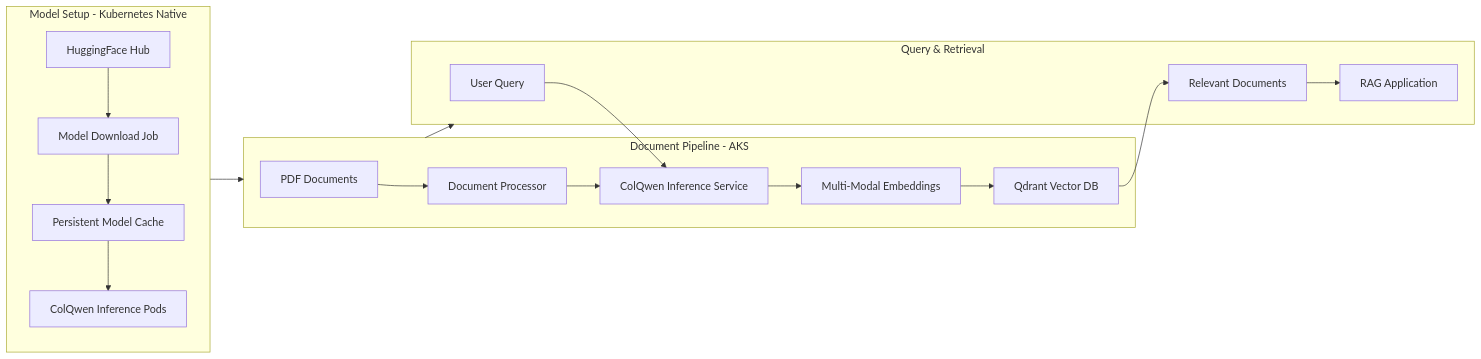
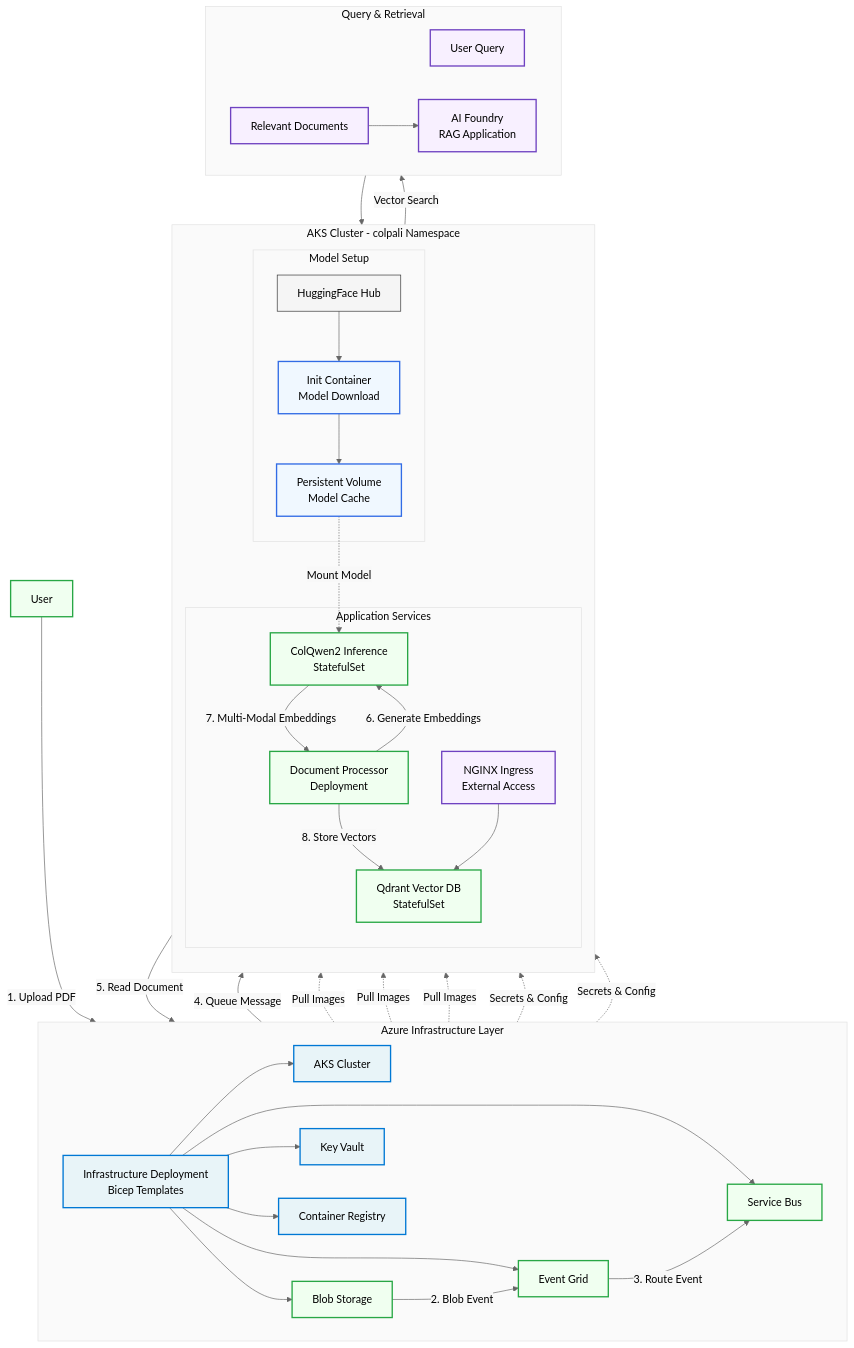
The diagram in README.md (microsoft/multi-modal-rag-with-colpali), drawn with Mermaid before and after one commit. The commit also changed other lines of this file and 49 other files, not shown here.

````diff
--- a/README.md
+++ b/README.md
@@ -7,24 +75,81 @@
 ```mermaid
-flowchart LR
-    subgraph Setup[Model Setup - Kubernetes Native]
-        HF[HuggingFace Hub] --> DOWNLOAD[Model Download Job]
-        DOWNLOAD --> CACHE[Persistent Model Cache]
-        CACHE --> DEPLOY[ColQwen Inference Pods]
+%%{init: {
+  'theme': 'base',
+  'themeVariables': {
+    'primaryColor': '#f5f5f5',
+    'primaryTextColor': '#000000',
+    'primaryBorderColor': '#333333',
+    'lineColor': '#666666',
+    'secondaryColor': '#f8f8f8',
+    'tertiaryColor': '#fafafa',
+    'background': '#ffffff',
+    'mainBkg': '#f5f5f5',
+    'secondBkg': '#f8f8f8',
+    'tertiaryBkg': '#fafafa'
+  }
+}}%%
+flowchart TB
+    subgraph INFRA_LAYER ["Azure Infrastructure Layer"]
+        direction LR
+        INFRA[Infrastructure Deployment<br/>Bicep Templates] --> AKS[AKS Cluster]
+        INFRA --> STORAGE[Blob Storage]
+        INFRA --> EG[Event Grid]
+        INFRA --> SB[Service Bus]
+        INFRA --> KV[Key Vault]
+        INFRA --> ACR[Container Registry]
     end
 
-    subgraph Processing[Document Pipeline - AKS]
-        PDF[PDF Documents] --> DOCPROC[Document Processor]
-        DOCPROC --> COLQWEN[ColQwen Inference Service]
-        COLQWEN --> EMBED[Multi-Modal Embeddings]
-        EMBED --> QDRANT[Qdrant Vector DB]
+    subgraph K8S_LAYER ["AKS Cluster - colpali Namespace"]
+        direction TB
+
+        subgraph MODEL_SETUP ["Model Setup"]
+            HF[HuggingFace Hub] --> INIT[Init Container<br/>Model Download]
+            INIT --> PVC[Persistent Volume<br/>Model Cache]
+        end
+
+        subgraph APP_SERVICES ["Application Services"]
+            COLQWEN[ColQwen2 Inference<br/>StatefulSet]
+            DOCPROC[Document Processor<br/>Deployment]
+            QDRANT[Qdrant Vector DB<br/>StatefulSet]
+            INGRESS[NGINX Ingress<br/>External Access]
+        end
+
+        PVC -.->|Mount Model| COLQWEN
     end
 
-    subgraph Query[Query & Retrieval]
-        USER[User Query] --> COLQWEN
-        QDRANT --> RESULTS[Relevant Documents]
-        RESULTS --> RAG[RAG Application]
+    %% Event-Driven Processing Flow (integrated with existing nodes)
+    USER[User] -->|1. Upload PDF| STORAGE
+    STORAGE -->|2. Blob Event| EG
+    EG -->|3. Route Event| SB
+    SB -->|4. Queue Message| DOCPROC
+    DOCPROC -->|5. Read Document| STORAGE
+    DOCPROC -->|6. Generate Embeddings| COLQWEN
+    COLQWEN -->|7. Multi-Modal Embeddings| DOCPROC
+    DOCPROC -->|8. Store Vectors| QDRANT
+
+    subgraph QUERY_LAYER ["Query & Retrieval"]
+        direction LR
+        QUERY[User Query] --> INGRESS
+        INGRESS --> QDRANT
+        QDRANT -->|Vector Search| RESULTS[Relevant Documents]
+        RESULTS --> RAG[AI Foundry<br/>RAG Application]
     end
 
-    Setup --> Processing
-    Processing --> Query
+    %% Infrastructure connections
+    ACR -.->|Pull Images| COLQWEN
+    ACR -.->|Pull Images| DOCPROC
+    ACR -.->|Pull Images| QDRANT
+    KV -.->|Secrets & Config| DOCPROC
+    KV -.->|Secrets & Config| COLQWEN
+
+    %% Node Styling
+    classDef azure fill:#e8f4f8,stroke:#0078d4,stroke-width:2px
+    classDef k8s fill:#f0f8ff,stroke:#326ce5,stroke-width:2px
+    classDef flow fill:#f0fff0,stroke:#28a745,stroke-width:2px
+    classDef query fill:#f8f0ff,stroke:#6f42c1,stroke-width:2px
+
+    class INFRA,AKS,STORAGE,EG,SB,KV,ACR azure
+    class INIT,PVC,COLQWEN,DOCPROC,QDRANT,INGRESS k8s
+    class USER,STORAGE,EG,SB,DOCPROC,COLQWEN,QDRANT flow
+    class QUERY,INGRESS,RESULTS,RAG query
 ```
````
